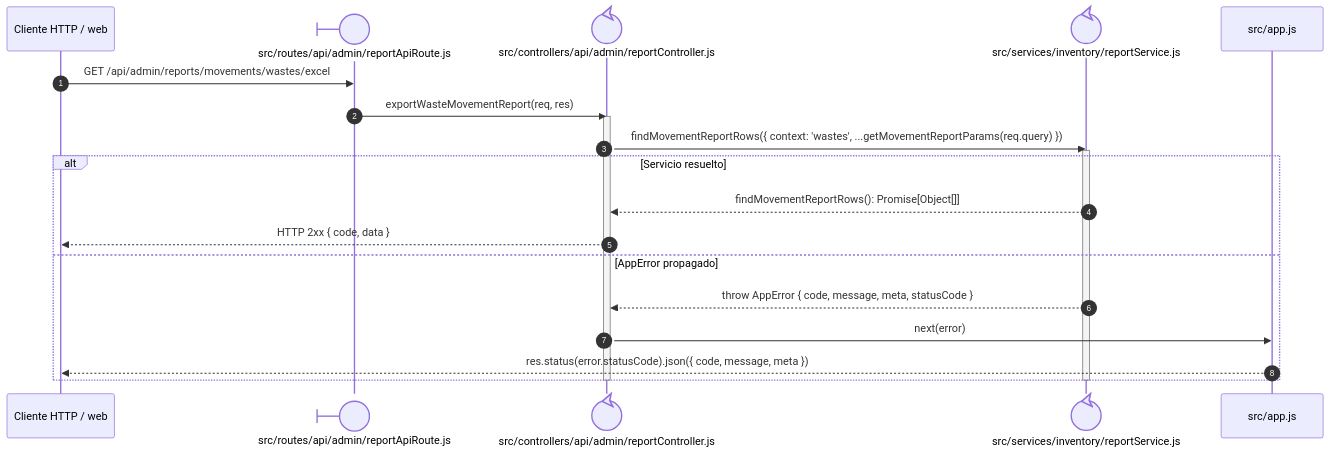
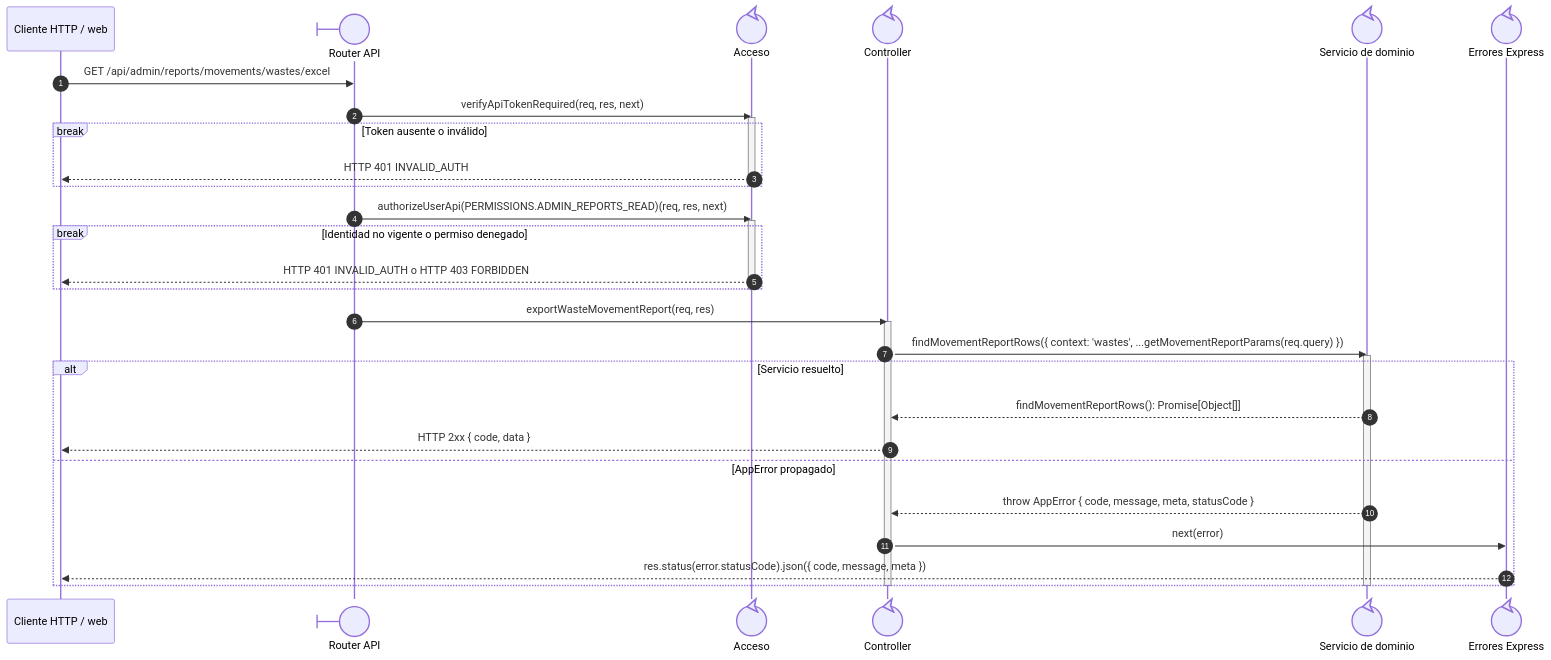
The diagram in docs/architecture/views/processes/backend-code-sequences/catalogs/cu-alm-16.md (gpgsistemas01/nexus), drawn with Mermaid before and after one commit. The commit also changed other lines of this file and 216 other files, not shown here.

Commit message:
docs: align module detail and expand sequence notation and collaborations

````diff
--- a/docs/architecture/views/processes/backend-code-sequences/catalogs/cu-alm-16.md
+++ b/docs/architecture/views/processes/backend-code-sequences/catalogs/cu-alm-16.md
@@ -6,25 +24,39 @@
 ```mermaid
 sequenceDiagram
     autonumber
     participant Client as Cliente HTTP / web
-    participant Route@{ "type": "boundary" } as src/routes/api/admin/reportApiRoute.js
-    participant Controller@{ "type": "control" } as src/controllers/api/admin/reportController.js
-    participant Domain@{ "type": "control" } as src/services/inventory/reportService.js
-    participant ErrorHandler as src/app.js
+    participant Route@{ "type": "boundary" } as Router API
+    participant Auth@{ "type": "control" } as Acceso
+    participant Controller@{ "type": "control" } as Controller
+    participant Domain@{ "type": "control" } as Servicio de dominio
+    participant ErrorHandler@{ "type": "control" } as Errores Express
 
     Client->>Route: GET /api/admin/reports/movements/wastes/excel
+
+    Route->>Auth: verifyApiTokenRequired(req, res, next)
+    activate Auth
+    break Token ausente o inválido
+        Auth-->>Client: HTTP 401 INVALID_AUTH
+    end
+    deactivate Auth
+    Route->>Auth: authorizeUserApi(PERMISSIONS.ADMIN_REPORTS_READ)(req, res, next)
+    activate Auth
+    break Identidad no vigente o permiso denegado
+        Auth-->>Client: HTTP 401 INVALID_AUTH o HTTP 403 FORBIDDEN
+    end
+    deactivate Auth
     Route->>Controller: exportWasteMovementReport(req, res)
     activate Controller
     Controller->>Domain: findMovementReportRows({ context: 'wastes', ...getMovementReportParams(req.query) })
     activate Domain
     alt Servicio resuelto
         Domain-->>Controller: findMovementReportRows(): Promise[Object[]]
         Controller-->>Client: HTTP 2xx { code, data }
     else AppError propagado
         Domain-->>Controller: throw AppError { code, message, meta, statusCode }
         Controller->>ErrorHandler: next(error)
         ErrorHandler-->>Client: res.status(error.statusCode).json({ code, message, meta })
     end
     deactivate Domain
     deactivate Controller
 ```
````
